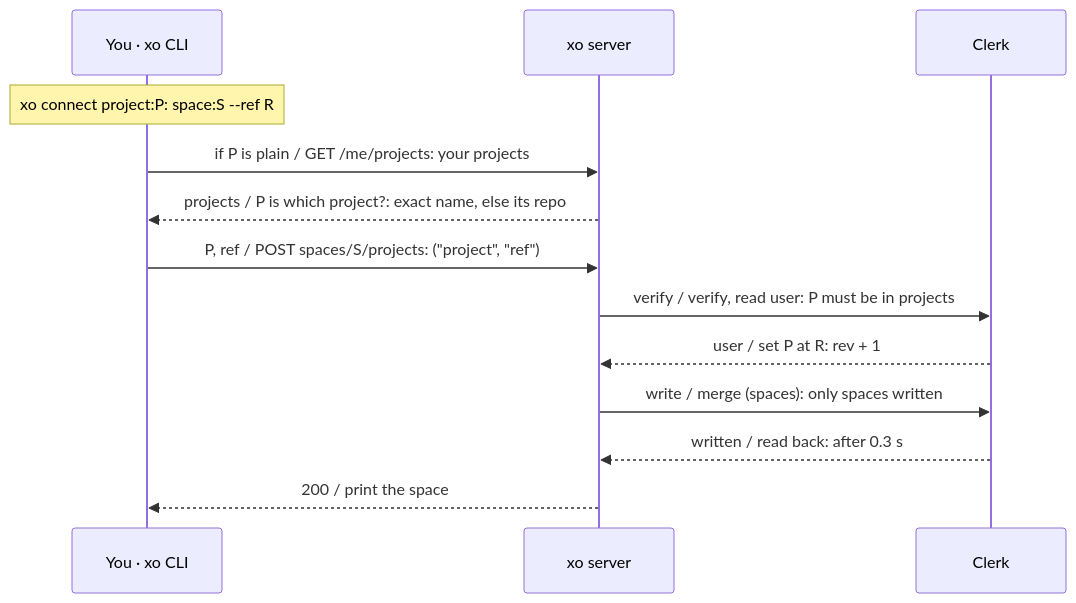
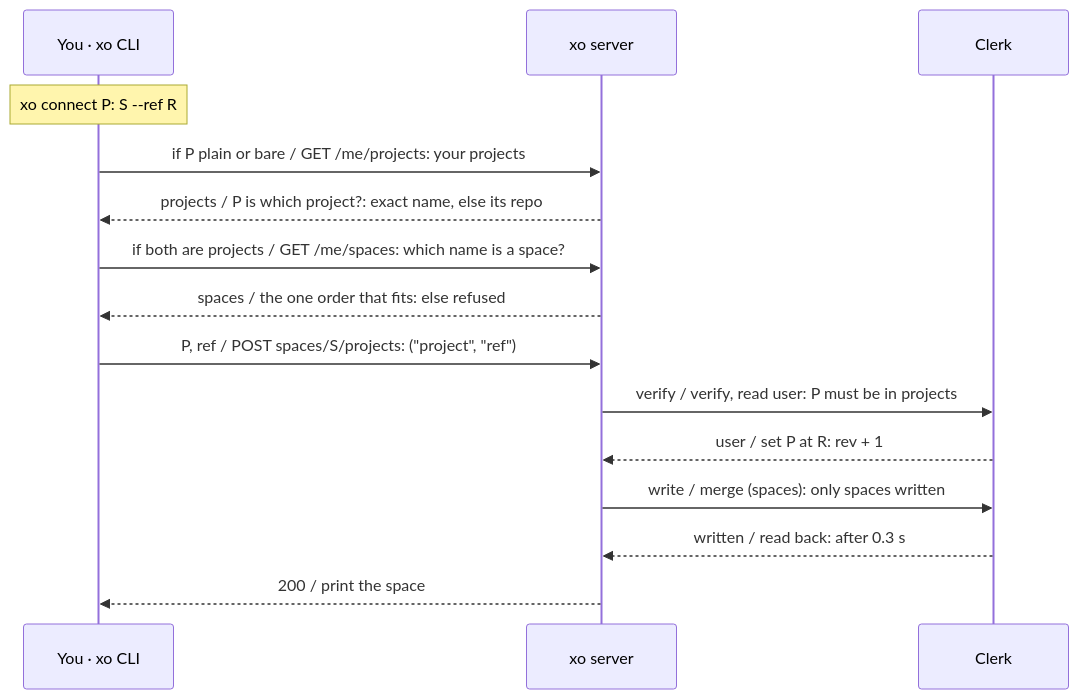
One commit to quirq-ai/xo changed diagram 15 of 30 in docs/architecture.md. Above: the diagram before and after it, drawn with Mermaid. The commit also changed other lines of this file and 5 other files, not shown here.

First line of the commit message:
xo connect takes plain names: xo connect headscale test2 (#47)

````diff
--- a/docs/architecture.md
+++ b/docs/architecture.md
@@ -339,15 +341,17 @@
 ```mermaid
 sequenceDiagram
   participant Cli as You · xo CLI
   participant Srv as xo server
   participant Clerk as Clerk
-  Note over Cli: xo connect project:P: space:S --ref R
-  Cli->>Srv: if P is plain / GET /me/projects: your projects
+  Note over Cli: xo connect P: S --ref R
+  Cli->>Srv: if P plain or bare / GET /me/projects: your projects
   Srv-->>Cli: projects / P is which project?: exact name, else its repo
+  Cli->>Srv: if both are projects / GET /me/spaces: which name is a space?
+  Srv-->>Cli: spaces / the one order that fits: else refused
   Cli->>Srv: P, ref / POST spaces/S/projects: ("project", "ref")
   Srv->>Clerk: verify / verify, read user: P must be in projects
   Clerk-->>Srv: user / set P at R: rev + 1
   Srv->>Clerk: write / merge (spaces): only spaces written
   Clerk-->>Srv: written / read back: after 0.3 s
   Srv-->>Cli: 200 / print the space
 ```
````
